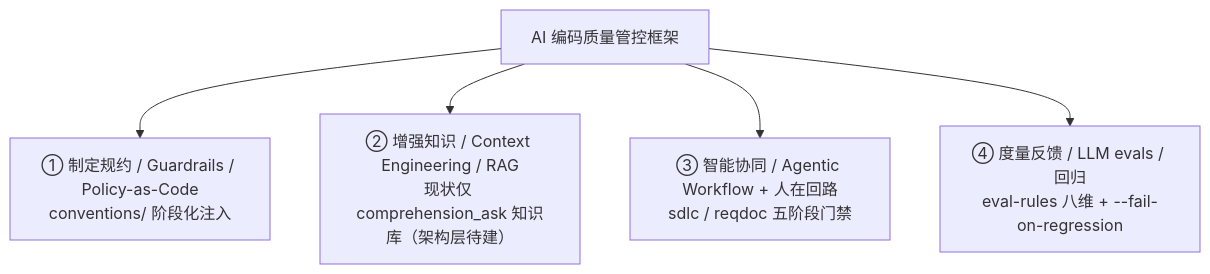
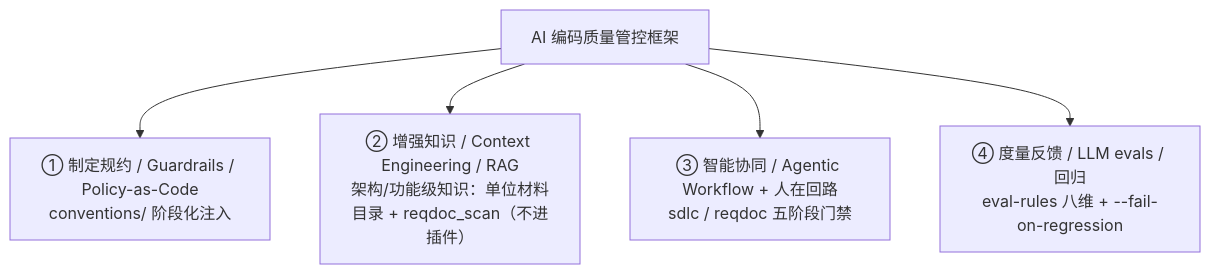
One commit to wonglaitung/opencode changed the second of 18 diagrams in opencode-session-mgmt/docs/session-management.md. Above: the diagram before and after it, drawn with Mermaid. The commit also changed other lines of this file and 4 other files, not shown here.

````diff
--- a/opencode-session-mgmt/docs/session-management.md
+++ b/opencode-session-mgmt/docs/session-management.md
@@ -129,8 +129,8 @@
 ```mermaid
 graph TB
     F["AI 编码质量管控框架"]
     F --> R1["① 制定规约 / Guardrails / Policy-as-Code<br/>conventions/ 阶段化注入"]
-    F --> R2["② 增强知识 / Context Engineering / RAG<br/>现状仅 comprehension_ask 知识库（架构层待建）"]
+    F -->     R2["② 增强知识 / Context Engineering / RAG<br/>架构/功能级知识：单位材料目录 + reqdoc_scan（不进插件）"]
     F --> R3["③ 智能协同 / Agentic Workflow + 人在回路<br/>sdlc / reqdoc 五阶段门禁"]
     F --> R4["④ 度量反馈 / LLM evals / 回归<br/>eval-rules 八维 + --fail-on-regression"]
 ```
````
